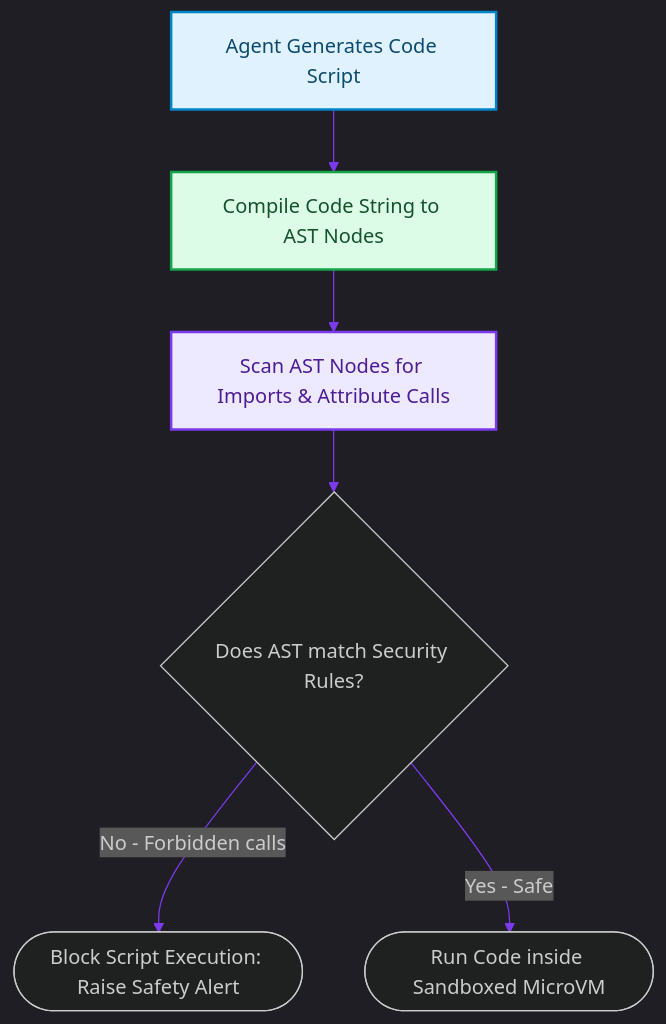
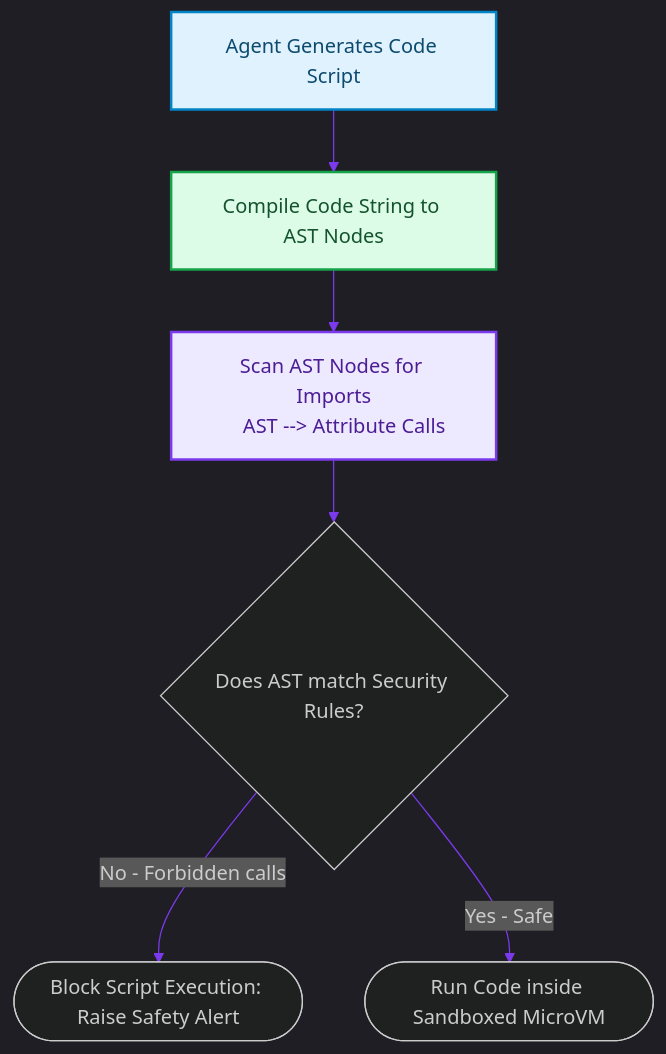
Before and after one commit to akmalkhaniub/akmalkhaniub.github.io: the diagram in blog/posts/security-ast-pre-execution-code-injection-scanning.md, drawn with Mermaid. The commit also changed other lines of this file and 894 other files, not shown here.

Commit message:
feat(blog): upgrade all 444 posts with unique staggered dates, 2-col Mermaid spines, benchmark tables, code blocks, and trade-offs

````diff
--- a/blog/posts/security-ast-pre-execution-code-injection-scanning.md
+++ b/blog/posts/security-ast-pre-execution-code-injection-scanning.md
@@ -16,19 +16,20 @@
 ```mermaid
 %%{init: {'theme': 'dark', 'themeVariables': { 'primaryColor': '#7c3aed', 'primaryTextColor': '#f3f4f6', 'primaryBorderColor': '#a78bfa', 'lineColor': '#7c3aed', 'secondaryColor': '#111827', 'tertiaryColor': '#0b0f19'}}}%%
 flowchart TD
     Code["Agent Generates Code Script"] --> AST["Compile Code String to AST Nodes"]
-    AST --> Scan["Scan AST Nodes for Imports & Attribute Calls"]
+    AST --> Scan["Scan AST Nodes for Imports
+    AST --> Attribute Calls"]
     
     Scan --> Verify{Does AST match Security Rules?}
     Verify -->|No - Forbidden calls| Block([Block Script Execution: Raise Safety Alert])
     Verify -->|Yes - Safe| Sandbox([Run Code inside Sandboxed MicroVM])
 
 classDef green fill:#dcfce7,stroke:#16a34a,stroke-width:2px,color:#14532d;
 classDef red fill:#fee2e2,stroke:#dc2626,stroke-width:2px,color:#7f1d1d;
 classDef blue fill:#e0f2fe,stroke:#0284c7,stroke-width:2px,color:#0c4a6e;
 classDef yellow fill:#fef3c7,stroke:#d97706,stroke-width:2px,color:#78350f;
 classDef purple fill:#ede9fe,stroke:#7c3aed,stroke-width:2px,color:#4c1d95;
 class Code blue
 class AST green
 class Scan purple
 ```
````
